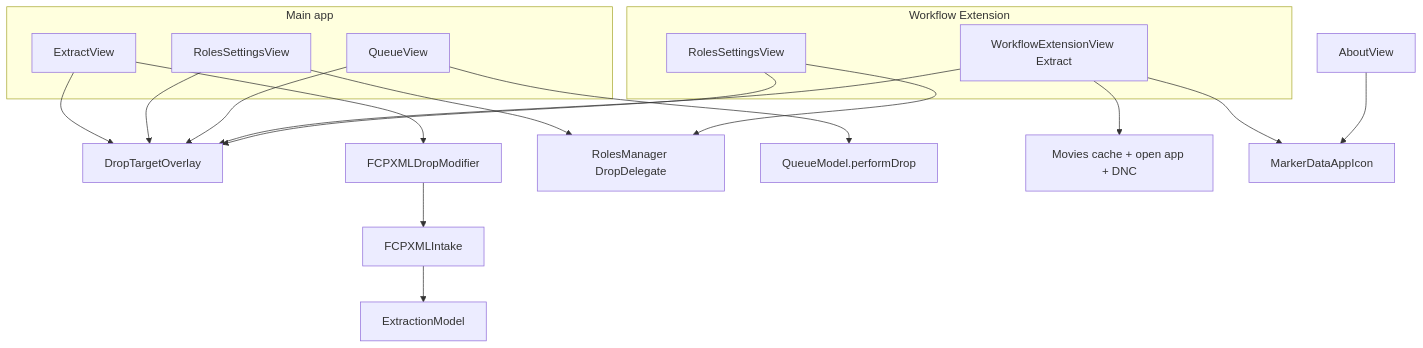
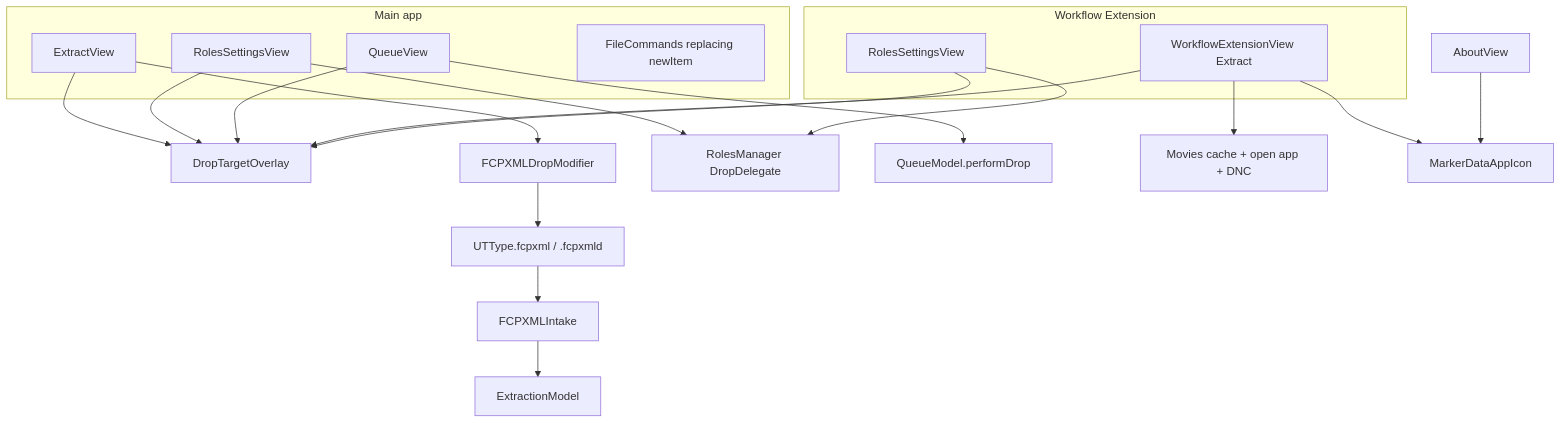
One commit to TheAcharya/MarkerData changed the fourth of 9 diagrams in ARCHITECTURE.md. Above: the diagram before and after it, drawn with Mermaid. The commit also changed other lines of this file and 9 other files, not shown here.

````diff
--- a/ARCHITECTURE.md
+++ b/ARCHITECTURE.md
@@ -505,33 +511,35 @@
 ```mermaid
 flowchart TB
   subgraph mainApp [Main app]
     EX[ExtractView]
     RO[RolesSettingsView]
     QU[QueueView]
+    FILE[FileCommands replacing newItem]
   end
 
   subgraph weUI [Workflow Extension]
     WEX[WorkflowExtensionView Extract]
     WRO[RolesSettingsView]
   end
 
   OV[DropTargetOverlay]
   EX --> OV
   RO --> OV
   QU --> OV
   WEX --> OV
   WRO --> OV
 
   EX --> FM[FCPXMLDropModifier]
-  FM --> IN[FCPXMLIntake]
+  FM --> UT[UTType.fcpxml / .fcpxmld]
+  UT --> IN[FCPXMLIntake]
   IN --> EM[ExtractionModel]
 
   RO --> RMD[RolesManager DropDelegate]
   WRO --> RMD
   QU --> QM[QueueModel.performDrop]
   WEX --> HO[Movies cache + open app + DNC]
   ICON[MarkerDataAppIcon]
   WEX --> ICON
   AV[AboutView]
   AV --> ICON
 ```
````
